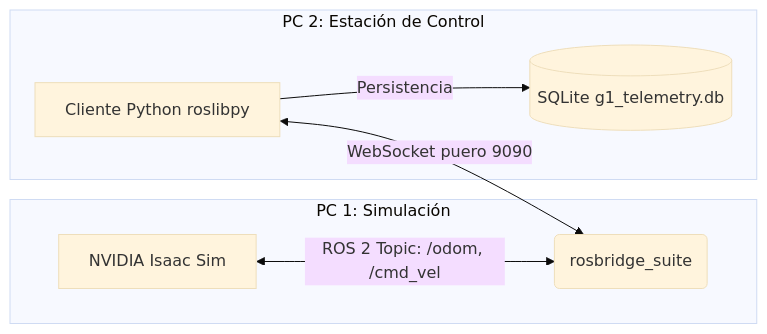
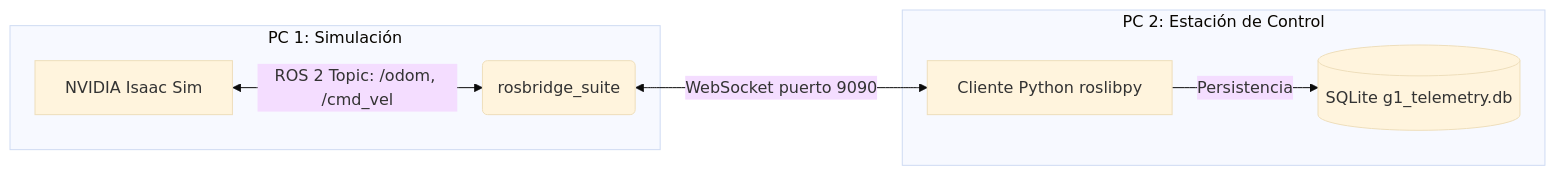
Before and after one commit to IFMLinares/g1-robotics-bridge: the diagram in README.md, drawn with Mermaid (base theme). The commit also changed other lines of this file, not shown here.

Commit message:
docs: Update robot name from 'G1 Humanoid' to 'G1 EDU' and clarify WebSocket connection in the README diagram.

````diff
--- a/README.md
+++ b/README.md
@@ -13,10 +13,12 @@
 ```mermaid
 graph LR
     subgraph PC 1: Simulación
         A[NVIDIA Isaac Sim] <-->|ROS 2 Topic: /odom, /cmd_vel| B(rosbridge_suite)
     end
+    
+    B <-->|WebSocket puerto 9090| C
+
     subgraph PC 2: Estación de Control
-        C[Cliente Python roslibpy] <-->|WebSocket puero 9090| B
-        C -->|Persistencia| D[(SQLite g1_telemetry.db)]
+        C[Cliente Python roslibpy] -->|Persistencia| D[(SQLite g1_telemetry.db)]
     end
 ```
````
